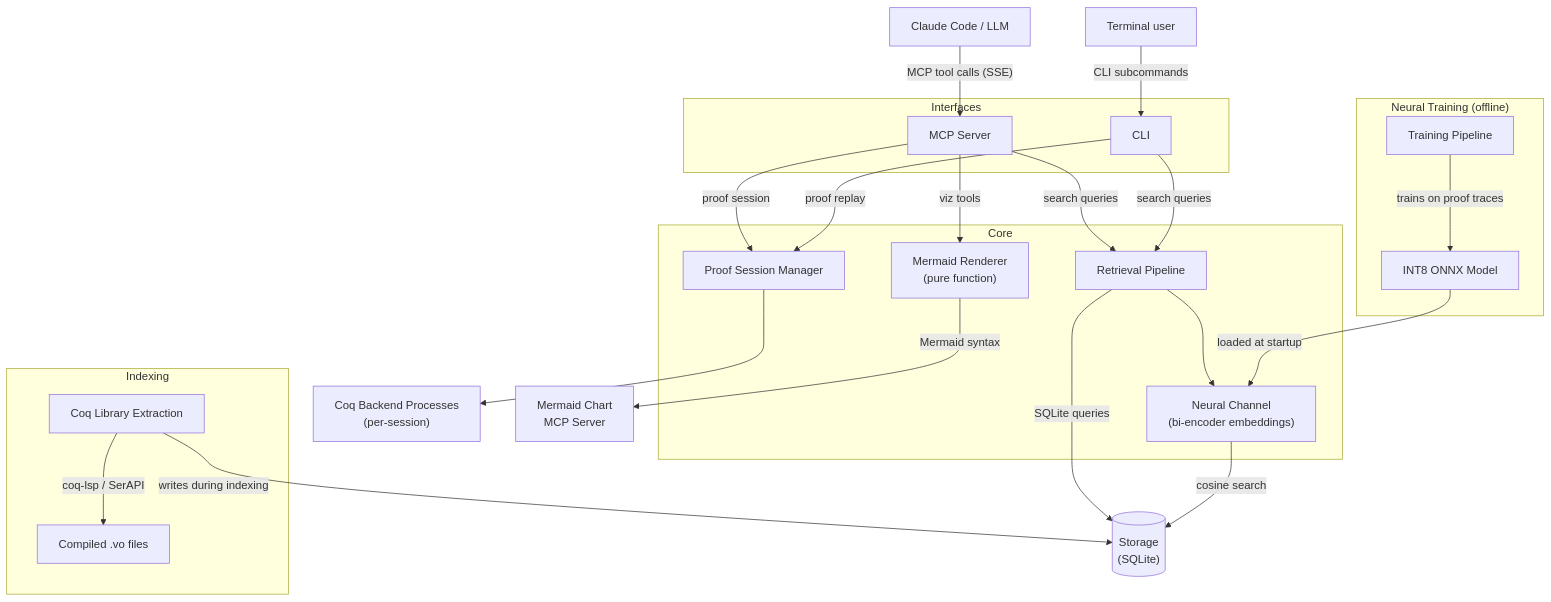
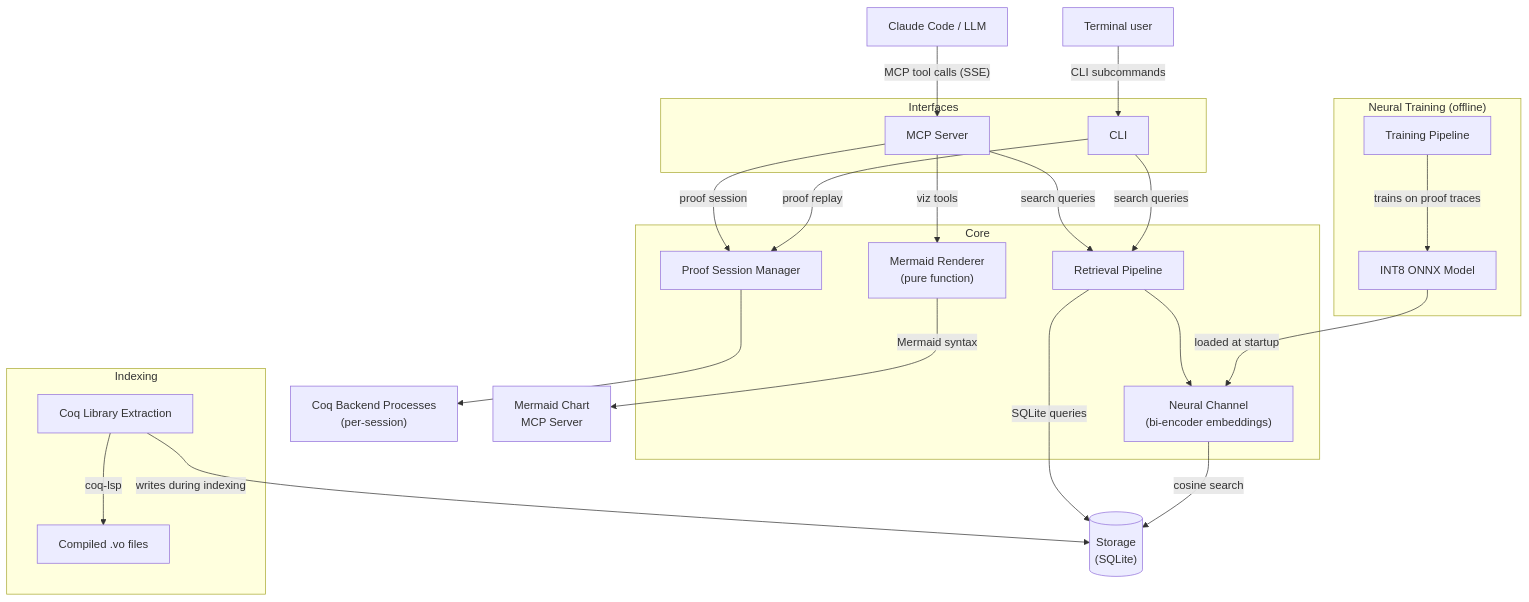
Before and after one commit to ekirton/poule: the diagram in DEVELOPMENT.md, drawn with Mermaid. The commit also changed 15 other files, not shown here.

First line of the commit message:
Drop SerAPI references from docs for single-backend design

````diff
--- a/DEVELOPMENT.md
+++ b/DEVELOPMENT.md
@@ -129,54 +129,54 @@
 ```mermaid
 flowchart TD
     LLM["Claude Code / LLM"]
     TU["Terminal user"]
 
     subgraph Interfaces
         MCP["MCP Server"]
         CLI["CLI"]
     end
 
     subgraph Core
         RP["Retrieval Pipeline"]
         NC["Neural Channel\n(bi-encoder embeddings)"]
         PSM["Proof Session Manager"]
         MR["Mermaid Renderer\n(pure function)"]
     end
 
     subgraph Training["Neural Training (offline)"]
         NTP["Training Pipeline"]
         ONNX["INT8 ONNX Model"]
     end
 
     DB[("Storage\n(SQLite)")]
 
     CB["Coq Backend Processes\n(per-session)"]
 
     subgraph Indexing
         EXT["Coq Library Extraction"]
         VO["Compiled .vo files"]
     end
 
     MCHART["Mermaid Chart\nMCP Server"]
 
     LLM -->|"MCP tool calls (SSE)"| MCP
     TU -->|"CLI subcommands"| CLI
 
     MCP -->|"search queries"| RP
     MCP -->|"proof session"| PSM
     MCP -->|"viz tools"| MR
     CLI -->|"search queries"| RP
     CLI -->|"proof replay"| PSM
 
     RP -->|"SQLite queries"| DB
     RP --> NC
     NC -->|"cosine search"| DB
     PSM --> CB
     MR -->|"Mermaid syntax"| MCHART
 
-    EXT -->|"coq-lsp / SerAPI"| VO
+    EXT -->|"coq-lsp"| VO
     EXT -->|"writes during indexing"| DB
 
     NTP -->|"trains on proof traces"| ONNX
     ONNX -->|"loaded at startup"| NC
 ```
````
